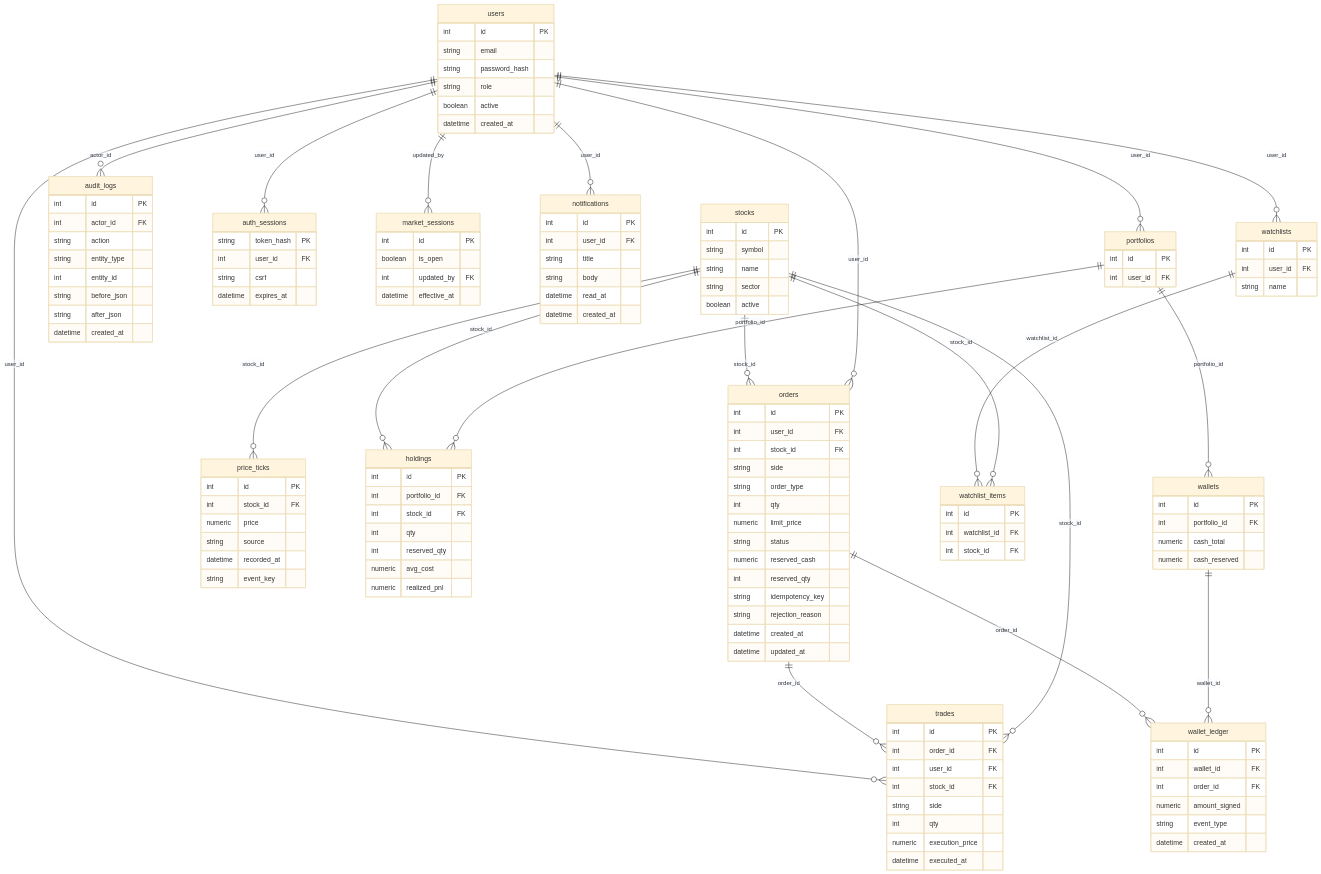
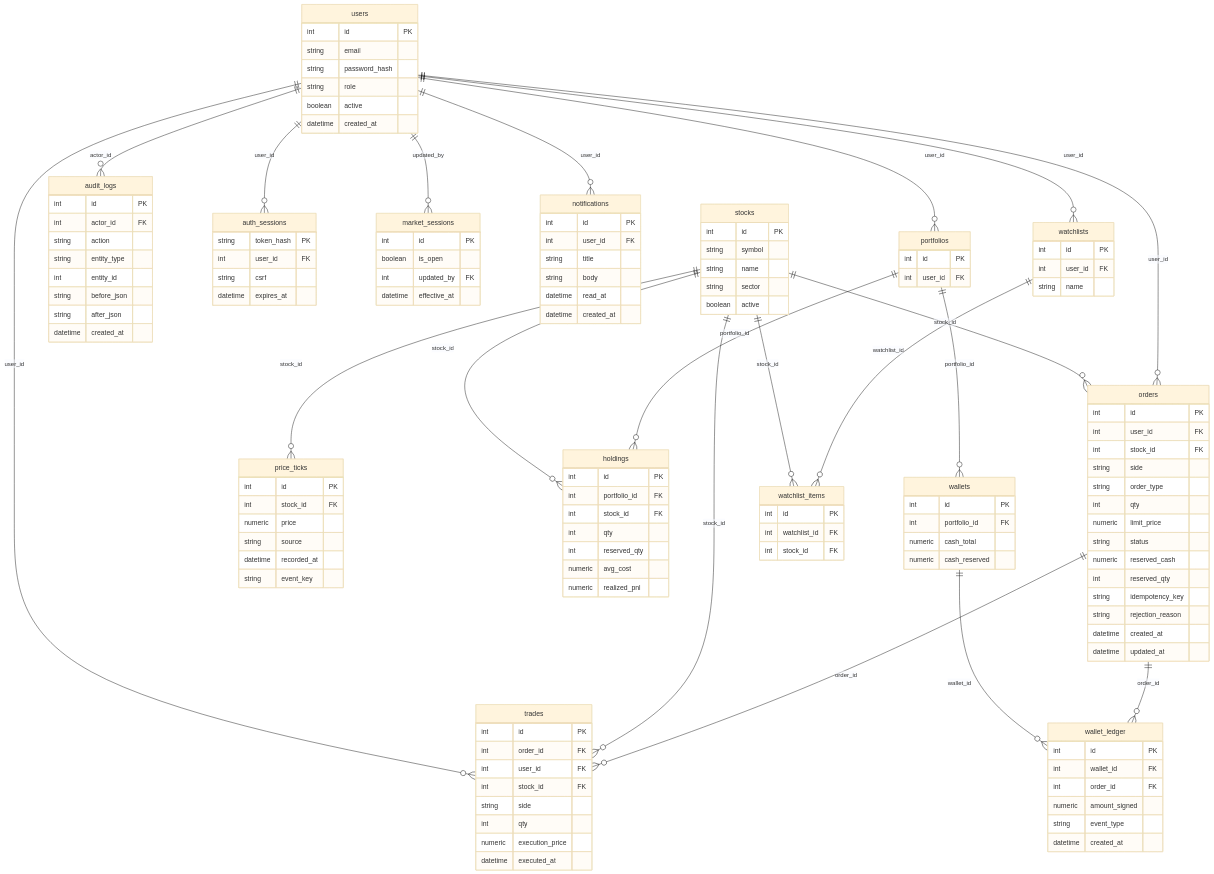
One commit to Garvnanda/SE_FILE changed the diagram in docs/schema.md. Above: the diagram before and after it, drawn with Mermaid (base theme). The commit also changed other lines of this file and 14 other files, not shown here.

```diff
--- a/docs/schema.md
+++ b/docs/schema.md
@@ -264,8 +264,8 @@
     datetime created_at
     datetime updated_at
   }
+  users ||--o{ orders : user_id
   stocks ||--o{ orders : stock_id
-  users ||--o{ orders : user_id
   portfolios {
     int id PK
     int user_id FK
@@ -295,8 +295,8 @@
     numeric avg_cost
     numeric realized_pnl
   }
+  portfolios ||--o{ holdings : portfolio_id
   stocks ||--o{ holdings : stock_id
-  portfolios ||--o{ holdings : portfolio_id
   trades {
     int id PK
     int order_id FK
@@ -307,9 +307,9 @@
     numeric execution_price
     datetime executed_at
   }
-  users ||--o{ trades : user_id
   orders ||--o{ trades : order_id
   stocks ||--o{ trades : stock_id
+  users ||--o{ trades : user_id
   wallets {
     int id PK
     int portfolio_id FK
```
